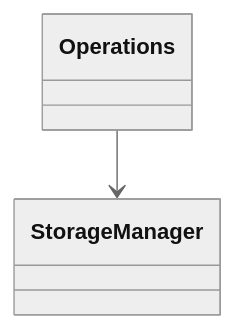
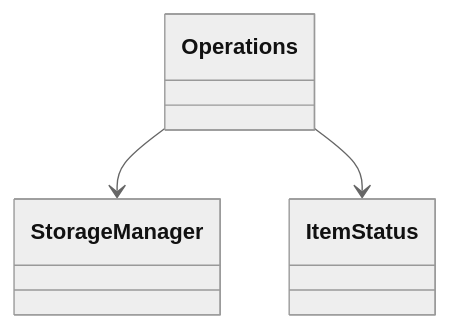
One commit to aleksiskela/ot-harjoitustyo changed the first of 2 diagrams in dokumentaatio/arkkitehtuuri.md. Above: the diagram before and after it, drawn with Mermaid (neutral theme). The commit also changed other lines of this file and 3 other files, not shown here.

````diff
--- a/dokumentaatio/arkkitehtuuri.md
+++ b/dokumentaatio/arkkitehtuuri.md
@@ -12,4 +12,5 @@
 ```mermaid
  classDiagram
      Operations --> StorageManager
+     Operations --> ItemStatus
 ```
````
